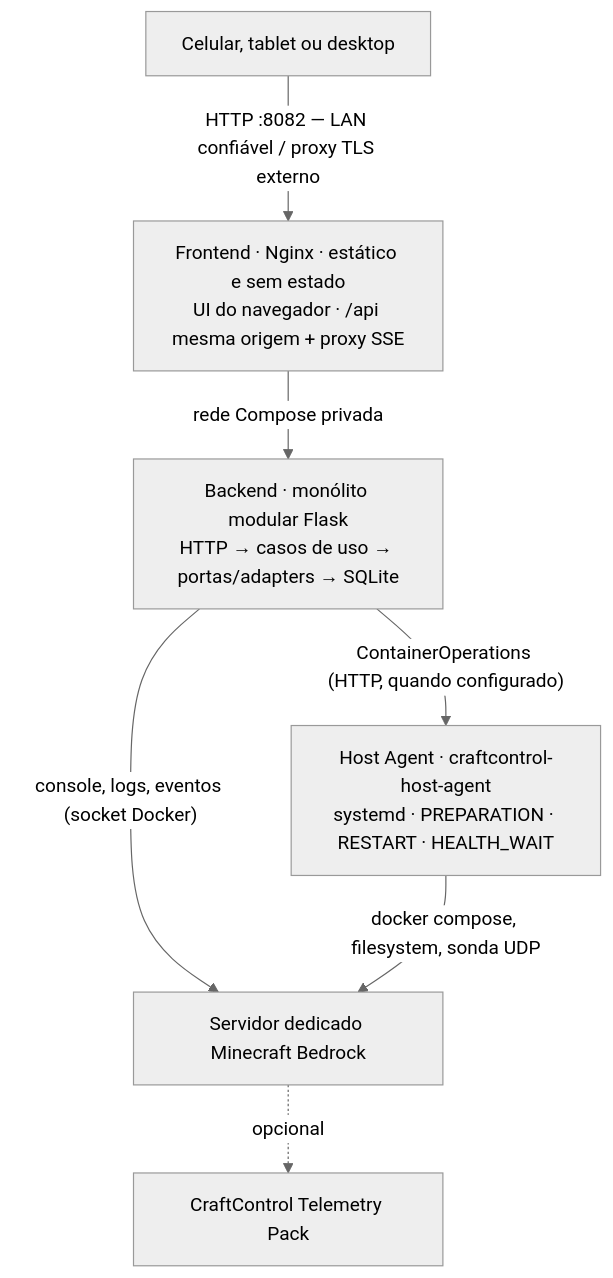
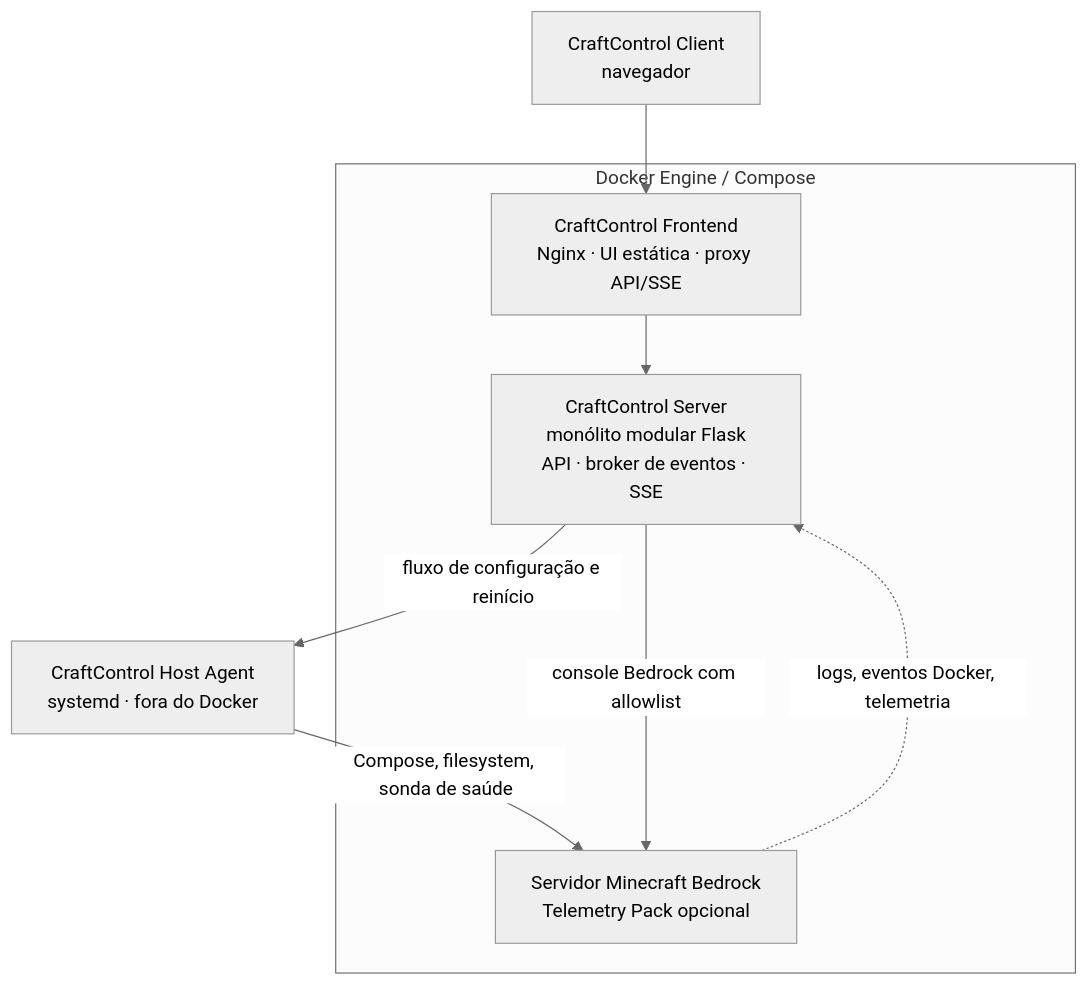
Before and after one commit to dgaramos/craftcontrol: the first of 5 diagrams in README.pt-BR.md, drawn with Mermaid (neutral theme). The commit also changed 1 other file, not shown here.

Commit message:
docs(architecture): clarify runtime topology diagram (#333)

````diff
--- a/README.pt-BR.md
+++ b/README.pt-BR.md
@@ -59,9 +59,19 @@
 ```mermaid
 flowchart TD
-    client["Celular, tablet ou desktop"] -->|"HTTP :8082 — LAN confiável / proxy TLS externo"| frontend["Frontend · Nginx · estático e sem estado<br/>UI do navegador · /api mesma origem + proxy SSE"]
-    frontend -->|"rede Compose privada"| backend["Backend · monólito modular Flask<br/>HTTP → casos de uso → portas/adapters → SQLite"]
-    backend -->|"console, logs, eventos (socket Docker)"| bedrock["Servidor dedicado Minecraft Bedrock"]
-    backend -->|"ContainerOperations (HTTP, quando configurado)"| hostagent["Host Agent · craftcontrol-host-agent<br/>systemd · PREPARATION · RESTART · HEALTH_WAIT"]
-    hostagent -->|"docker compose, filesystem, sonda UDP"| bedrock
-    bedrock -. "opcional" .-> telemetry["CraftControl Telemetry Pack"]
+    client["CraftControl Client<br/>navegador"]
+
+    subgraph docker["Docker Engine / Compose"]
+        frontend["CraftControl Frontend<br/>Nginx · UI estática · proxy API/SSE"]
+        server["CraftControl Server<br/>monólito modular Flask<br/>API · broker de eventos · SSE"]
+        bedrock["Servidor Minecraft Bedrock<br/>Telemetry Pack opcional"]
+        frontend --> server
+    end
+
+    agent["CraftControl Host Agent<br/>systemd · fora do Docker"]
+
+    client --> frontend
+    server -->|"fluxo de configuração e reinício"| agent
+    agent -->|"Compose, filesystem, sonda de saúde"| bedrock
+    server -->|"console Bedrock com allowlist"| bedrock
+    bedrock -. "logs, eventos Docker, telemetria" .-> server
 ```
````
